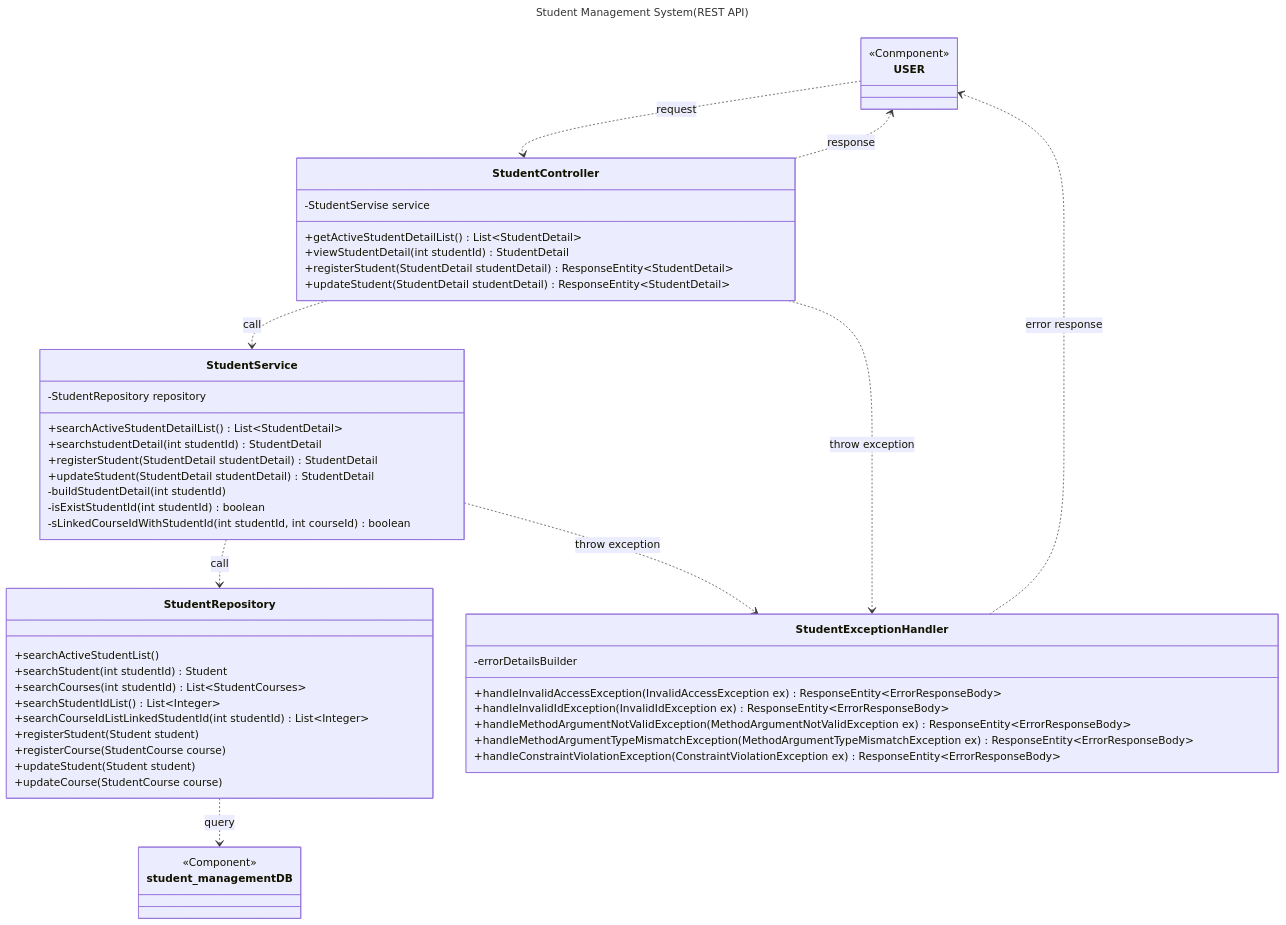
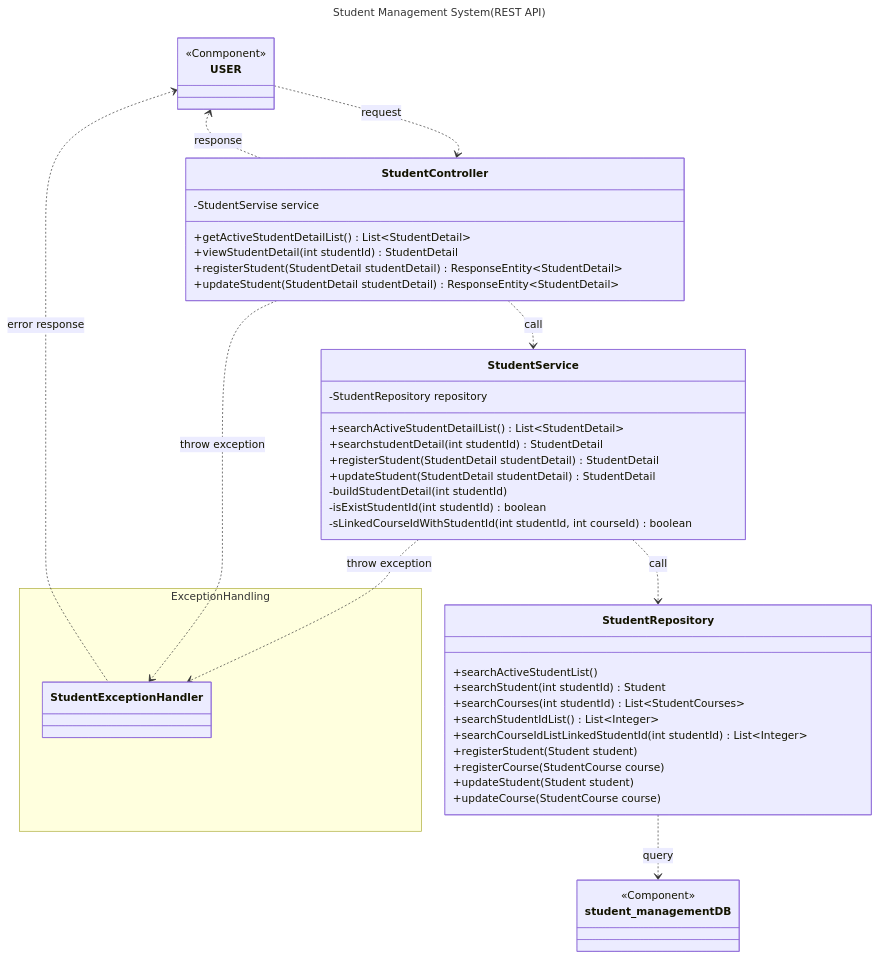
One commit to saway261/StudentManagement changed the fifth of 7 diagrams in README.md. Above: the diagram before and after it, drawn with Mermaid. The commit also changed other lines of this file, not shown here.

Commit message:
docs: README修正(例外処理についてのクラス図を追加)

````diff
--- a/README.md
+++ b/README.md
@@ -151,61 +153,56 @@
 ```mermaid
 ---
 title: Student Management System(REST API)
 ---
 classDiagram
     class USER {
         <<Conmponent>>
     }
     class student_managementDB {
         <<Component>>
     }
     USER ..> StudentController: request
     direction TB
     StudentController ..> USER: response
     StudentController ..> StudentService: call
     StudentService ..> StudentRepository: call
     StudentRepository ..> student_management DB: query
 
     class StudentController {
         -StudentServise service
         +getActiveStudentDetailList() List~StudentDetail~
         +viewStudentDetail(int studentId) StudentDetail
         +registerStudent(StudentDetail studentDetail) ResponseEntity~StudentDetail~
         +updateStudent(StudentDetail studentDetail) ResponseEntity~StudentDetail~
     }
     class StudentService {
         -StudentRepository repository
         +searchActiveStudentDetailList() List~StudentDetail~
         +searchstudentDetail(int studentId) StudentDetail
         +registerStudent(StudentDetail studentDetail) StudentDetail
         +updateStudent(StudentDetail studentDetail) StudentDetail
         -buildStudentDetail(int studentId)
         -isExistStudentId(int studentId) boolean
         -sLinkedCourseIdWithStudentId(int studentId, int courseId) boolean
     }
     class StudentRepository {
         +searchActiveStudentList()
         +searchStudent(int studentId) Student
         +searchCourses(int studentId) List~StudentCourses~
         +searchStudentIdList() List~Integer~
         +searchCourseIdListLinkedStudentId(int studentId) List~Integer~
         +registerStudent(Student student)
         +registerCourse(StudentCourse course)
         +updateStudent(Student student)
         +updateCourse(StudentCourse course)
     }
-
-    class StudentExceptionHandler {
-        -errorDetailsBuilder
-        +handleInvalidAccessException(InvalidAccessException ex) ResponseEntity~ErrorResponseBody~
-        +handleInvalidIdException(InvalidIdException ex) ResponseEntity~ErrorResponseBody~
-        +handleMethodArgumentNotValidException(MethodArgumentNotValidException ex) ResponseEntity~ErrorResponseBody~
-        +handleMethodArgumentTypeMismatchException(MethodArgumentTypeMismatchException ex) ResponseEntity~ErrorResponseBody~
-        +handleConstraintViolationException(ConstraintViolationException ex) ResponseEntity~ErrorResponseBody~
+    namespace ExceptionHandling {
+        class StudentExceptionHandler {
+        }
     }
     StudentService ..> StudentExceptionHandler: throw exception
     StudentController ..> StudentExceptionHandler: throw exception
-    StudentExceptionHandler ..> USER: error response
+    USER <.. StudentExceptionHandler: error response
 
 
 ```
````
